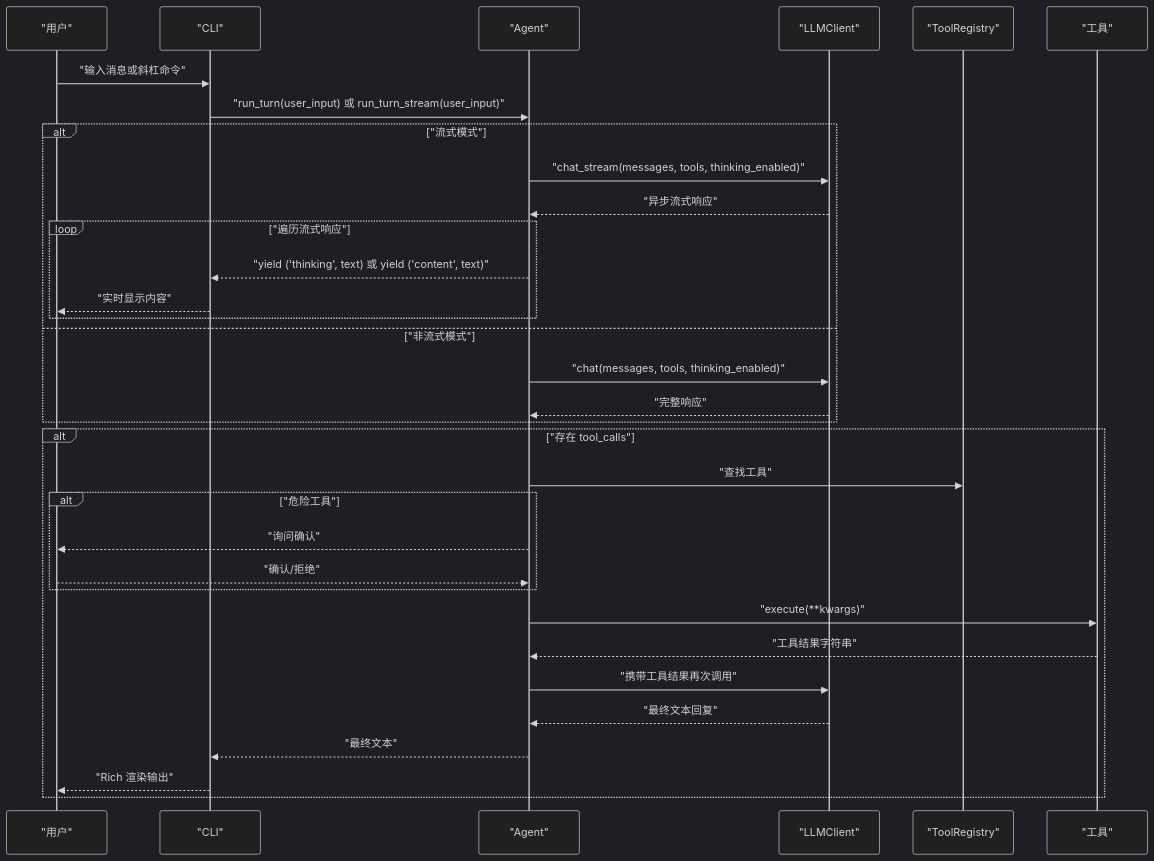
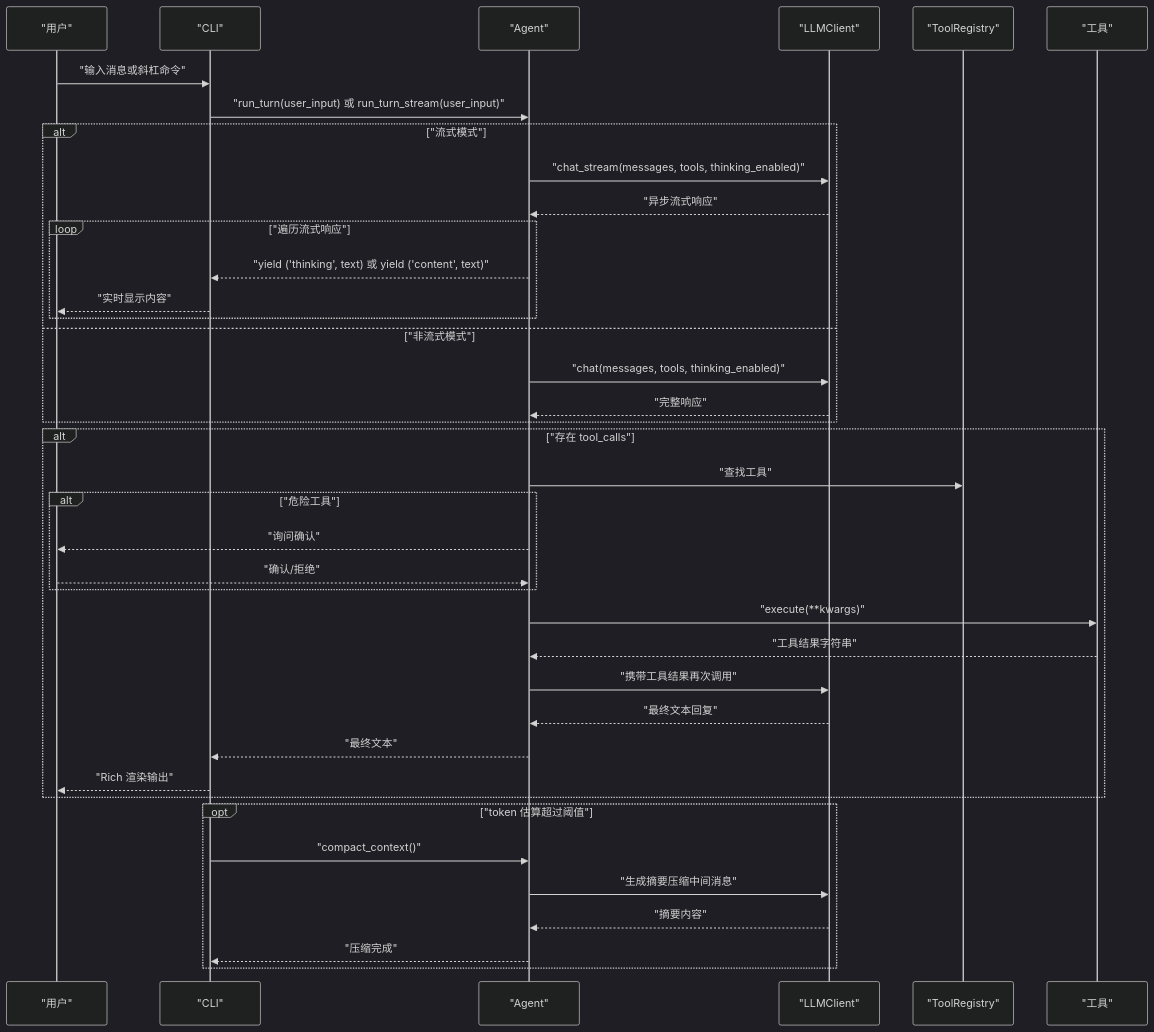
The third of 5 diagrams in .qoder/repowiki/zh/content/快速开始.md (250shiwo/MySmallAgent), drawn with Mermaid (dark theme) before and after one commit. The commit also changed other lines of this file and 28 other files, not shown here.

````diff
--- a/.qoder/repowiki/zh/content/快速开始.md
+++ b/.qoder/repowiki/zh/content/快速开始.md
@@ -249,35 +348,41 @@
 ```mermaid
 sequenceDiagram
 participant U as "用户"
 participant CLI as "CLI"
 participant AG as "Agent"
 participant LLM as "LLMClient"
 participant REG as "ToolRegistry"
 participant T as "工具"
 U->>CLI : "输入消息或斜杠命令"
 CLI->>AG : "run_turn(user_input) 或 run_turn_stream(user_input)"
 alt "流式模式"
 AG->>LLM : "chat_stream(messages, tools, thinking_enabled)"
 LLM-->>AG : "异步流式响应"
 loop "遍历流式响应"
 AG-->>CLI : "yield ('thinking', text) 或 yield ('content', text)"
 CLI-->>U : "实时显示内容"
 end
 else "非流式模式"
 AG->>LLM : "chat(messages, tools, thinking_enabled)"
 LLM-->>AG : "完整响应"
 end
 alt "存在 tool_calls"
 AG->>REG : "查找工具"
 alt "危险工具"
 AG-->>U : "询问确认"
 U-->>AG : "确认/拒绝"
 end
 AG->>T : "execute(**kwargs)"
 T-->>AG : "工具结果字符串"
 AG->>LLM : "携带工具结果再次调用"
 LLM-->>AG : "最终文本回复"
 AG-->>CLI : "最终文本"
 CLI-->>U : "Rich 渲染输出"
 end
+opt "token 估算超过阈值"
+CLI->>AG : "compact_context()"
+AG->>LLM : "生成摘要压缩中间消息"
+LLM-->>AG : "摘要内容"
+AG-->>CLI : "压缩完成"
+end
 ```
````
